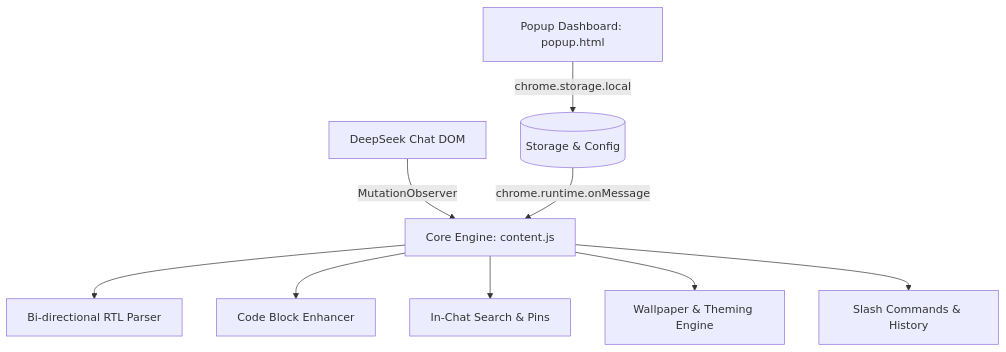
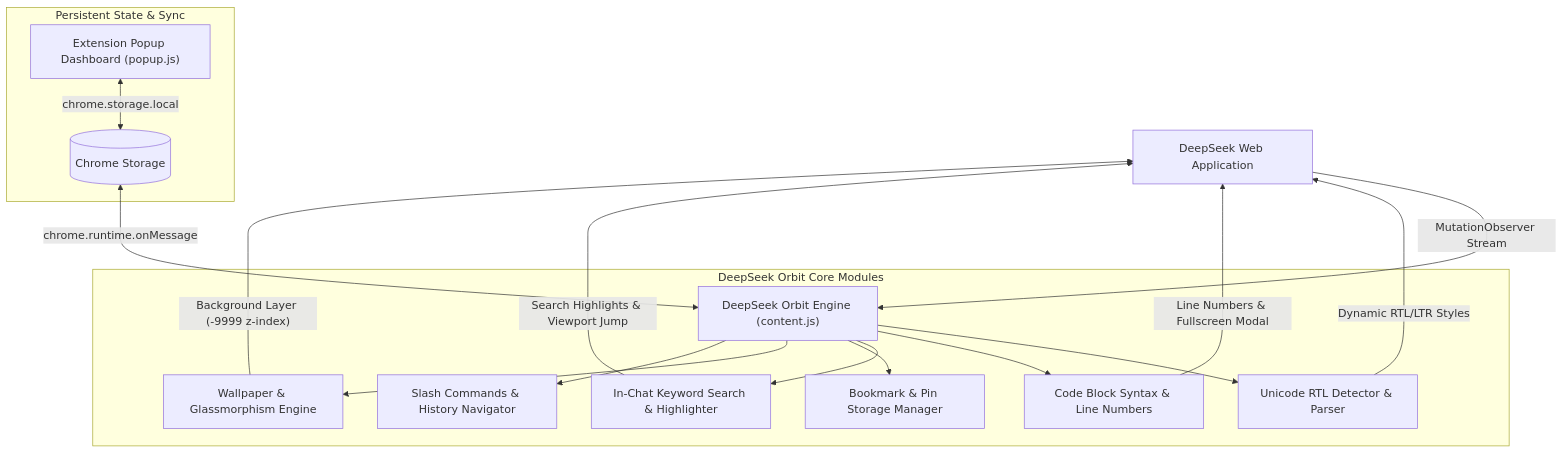
The diagram in README.md (EhsanShahbazii/DeepSeek-Orbit), drawn with Mermaid before and after one commit. The commit also changed other lines of this file and 5 other files, not shown here.

Commit message:
docs: finalize world-class README, system architecture, and project structure

````diff
--- a/README.md
+++ b/README.md
@@ -117,12 +101,23 @@
 ```mermaid
-graph TD
-    A[DeepSeek Chat DOM] -->|MutationObserver| B[Core Engine: content.js]
-    B --> C[Bi-directional RTL Parser]
-    B --> D[Code Block Enhancer]
-    B --> E[In-Chat Search & Pins]
-    B --> F[Wallpaper & Theming Engine]
-    B --> G[Slash Commands & History]
+flowchart TD
+    A["DeepSeek Web Application"] -->|"MutationObserver Stream"| B["DeepSeek Orbit Engine (content.js)"]
     
-    H[Popup Dashboard: popup.html] -->|chrome.storage.local| I[(Storage & Config)]
-    I -->|chrome.runtime.onMessage| B
+    subgraph CoreEngine["DeepSeek Orbit Core Modules"]
+        B --> C["Unicode RTL Detector & Parser"]
+        B --> D["Code Block Syntax & Line Numbers"]
+        B --> E["In-Chat Keyword Search & Highlighter"]
+        B --> F["Bookmark & Pin Storage Manager"]
+        B --> G["Wallpaper & Glassmorphism Engine"]
+        B --> H["Slash Commands & History Navigator"]
+    end
+    
+    subgraph StateManagement["Persistent State & Sync"]
+        I["Extension Popup Dashboard (popup.js)"] <-->|"chrome.storage.local"| J[("Chrome Storage")]
+        J <-->|"chrome.runtime.onMessage"| B
+    end
+    
+    C -->|"Dynamic RTL/LTR Styles"| A
+    D -->|"Line Numbers & Fullscreen Modal"| A
+    E -->|"Search Highlights & Viewport Jump"| A
+    G -->|"Background Layer (-9999 z-index)"| A
 ```
````
